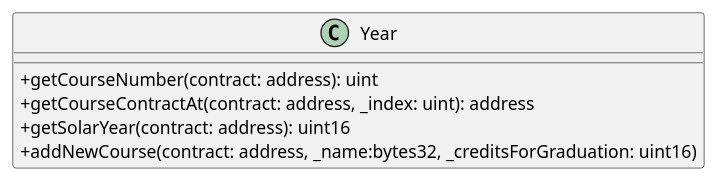
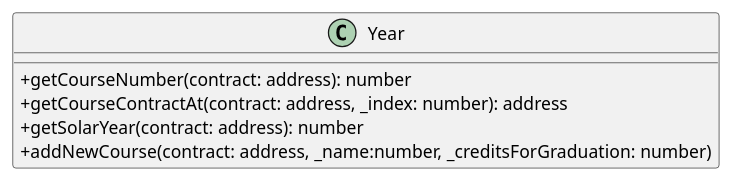
Before and after one commit to M9k/Marvin-Uml: the diagram in web3function/file/Year.iuml, drawn with PlantUML. The commit also changed 13 other files, not shown here.

```diff
--- a/web3function/file/Year.iuml
+++ b/web3function/file/Year.iuml
@@ -1,9 +1,9 @@
 @startuml
 skinparam classAttributeIconSize 0
 class Year {
-+ getCourseNumber(contract: address): uint
-+ getCourseContractAt(contract: address, _index: uint): address
-+ getSolarYear(contract: address): uint16
-+ addNewCourse(contract: address, _name:bytes32, _creditsForGraduation: uint16)
++ getCourseNumber(contract: address): number
++ getCourseContractAt(contract: address, _index: number): address
++ getSolarYear(contract: address): number
++ addNewCourse(contract: address, _name:number, _creditsForGraduation: number)
 }
 @enduml
```
